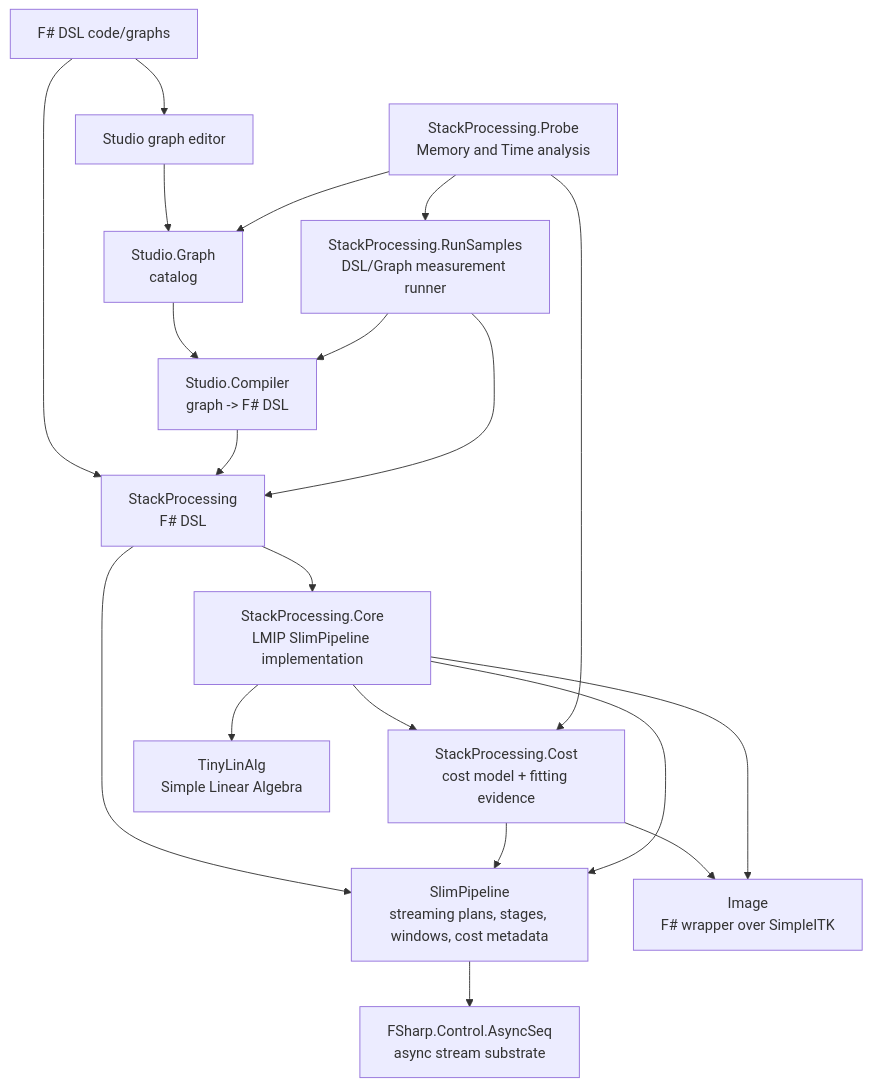
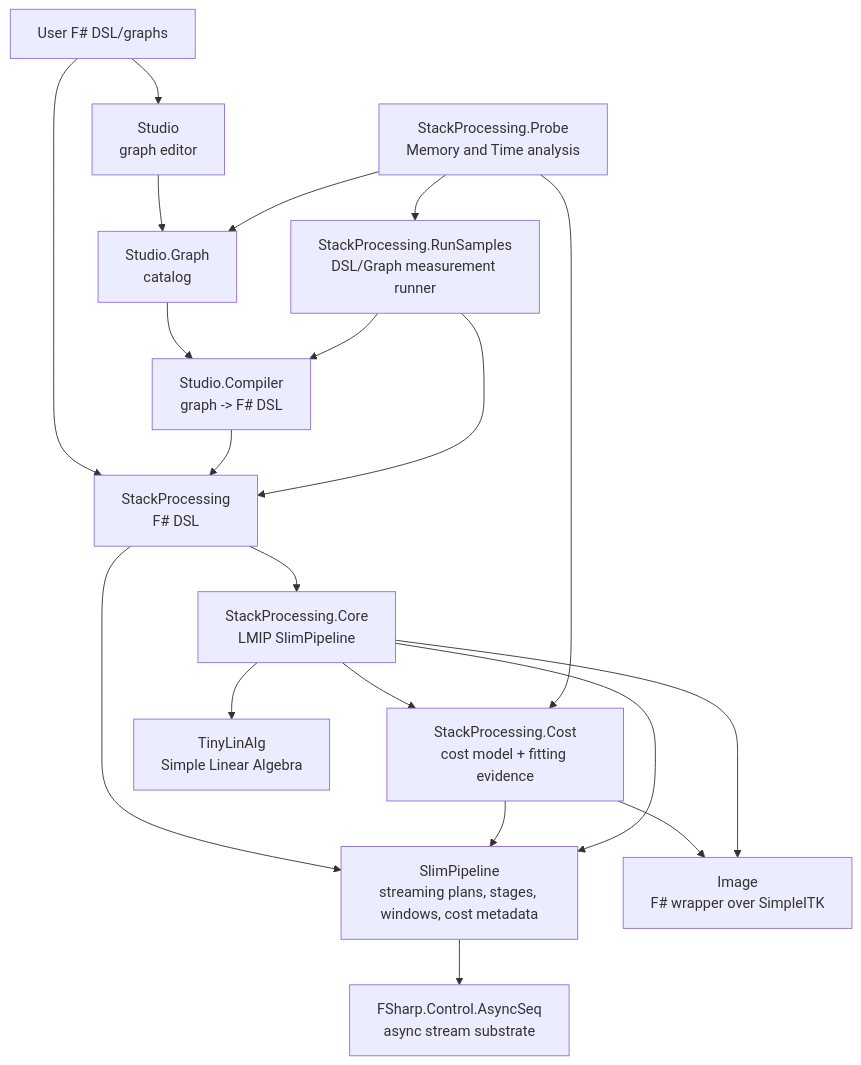
The diagram in README.md (sporring/stackProcessing), drawn with Mermaid before and after one commit.

````diff
--- a/README.md
+++ b/README.md
@@ -186,38 +186,38 @@
 ```mermaid
 flowchart TD
-    UserFSharp["F# DSL code/graphs"]
-    Studio["Studio graph editor"]
+    UserFSharp["User F# DSL/graphs"]
+    Studio["Studio\ngraph editor"]
     StudioGraph["Studio.Graph\ncatalog"]
     StudioCompiler["Studio.Compiler\ngraph -> F# DSL"]
     StackProcessing["StackProcessing\nF# DSL"]
     Cost["StackProcessing.Cost\ncost model + fitting evidence"]
-    Core["StackProcessing.Core\nLMIP SlimPipeline implementation"]
+    Core["StackProcessing.Core\nLMIP SlimPipeline"]
     Slim["SlimPipeline\nstreaming plans, stages, windows, cost metadata"]
     AsyncSeq["FSharp.Control.AsyncSeq\nasync stream substrate"]
     Image["Image\nF# wrapper over SimpleITK"]
     TinyLinAlg["TinyLinAlg\nSimple Linear Algebra"]
     RunSamples["StackProcessing.RunSamples\nDSL/Graph measurement runner"]
     Probe["StackProcessing.Probe\nMemory and Time analysis"]
 
     UserFSharp --> StackProcessing
     UserFSharp --> Studio
     Studio --> StudioGraph
     StudioGraph --> StudioCompiler
     StudioCompiler --> StackProcessing
 
     StackProcessing --> Core
     StackProcessing --> Slim
     Core --> Cost
     Cost --> Slim
     Cost --> Image
     Core --> Slim
     Slim --> AsyncSeq
     Core --> Image
     Core --> TinyLinAlg
 
     RunSamples --> StudioCompiler
     RunSamples --> StackProcessing
     Probe --> RunSamples
     Probe --> StudioGraph
     Probe --> Cost
 ```
````
